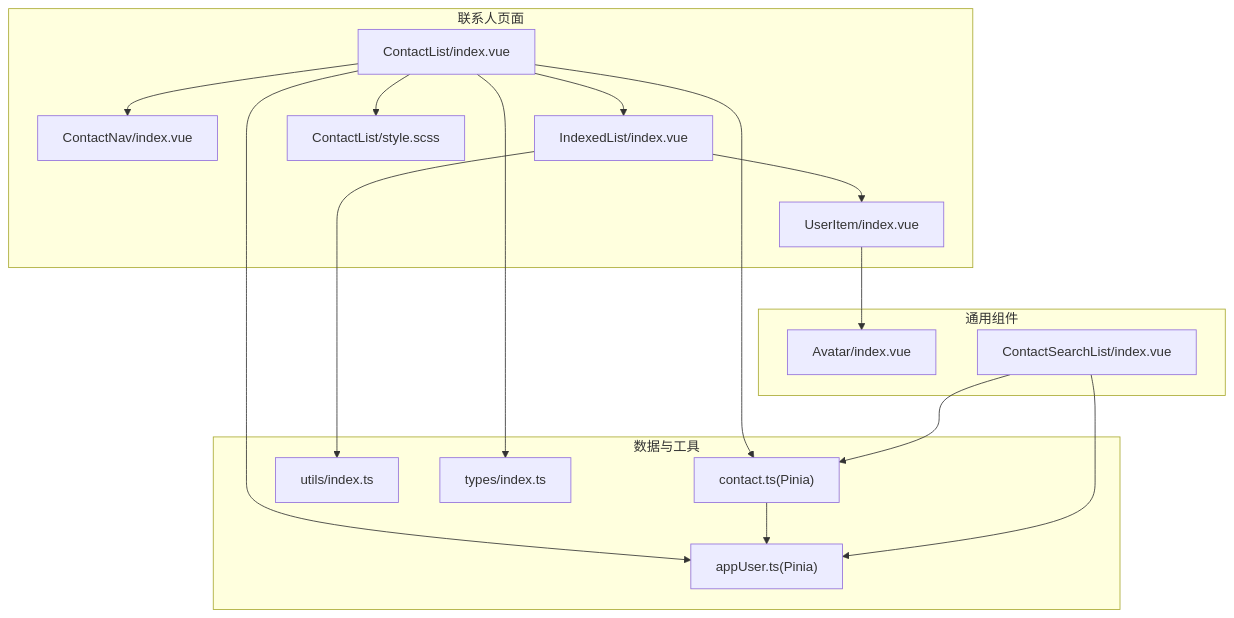
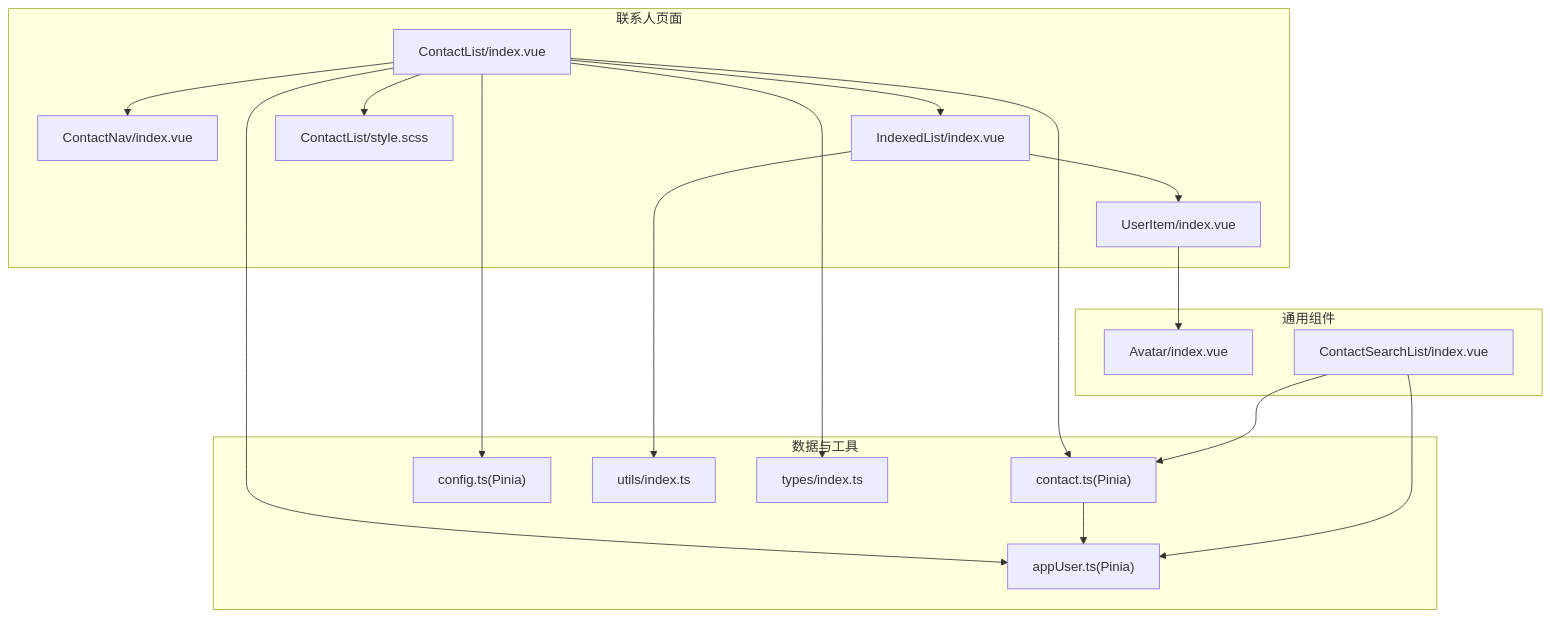
One commit to Easemob-Community/easemob-uikit-uniapp-community changed the first of 7 diagrams in .qoder/repowiki/zh/content/联系人模块/联系人列表.md. Above: the diagram before and after it, drawn with Mermaid. The commit also changed other lines of this file and 5 other files, not shown here.

````diff
--- a/.qoder/repowiki/zh/content/联系人模块/联系人列表.md
+++ b/.qoder/repowiki/zh/content/联系人模块/联系人列表.md
@@ -66,32 +68,34 @@
 ```mermaid
 graph TB
 subgraph "联系人页面"
 CL["ContactList/index.vue"]
 CN["ContactNav/index.vue"]
 IL["IndexedList/index.vue"]
 UI["UserItem/index.vue"]
 SCSS["ContactList/style.scss"]
 end
 subgraph "数据与工具"
 CS["contact.ts(Pinia)"]
 AUS["appUser.ts(Pinia)"]
+CONF["config.ts(Pinia)"]
 UT["utils/index.ts"]
 TYP["types/index.ts"]
 end
 subgraph "通用组件"
 AV["Avatar/index.vue"]
 AS["ContactSearchList/index.vue"]
 end
 CL --> CN
 CL --> IL
 IL --> UI
 UI --> AV
 CL --> CS
 CL --> AUS
+CL --> CONF
 IL --> UT
 CS --> AUS
 CL --> SCSS
 AS --> CS
 AS --> AUS
 CL --> TYP
 ```
````
